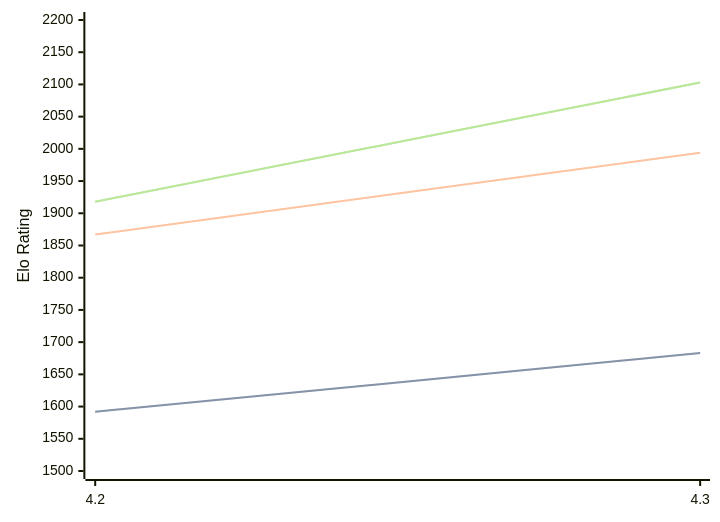
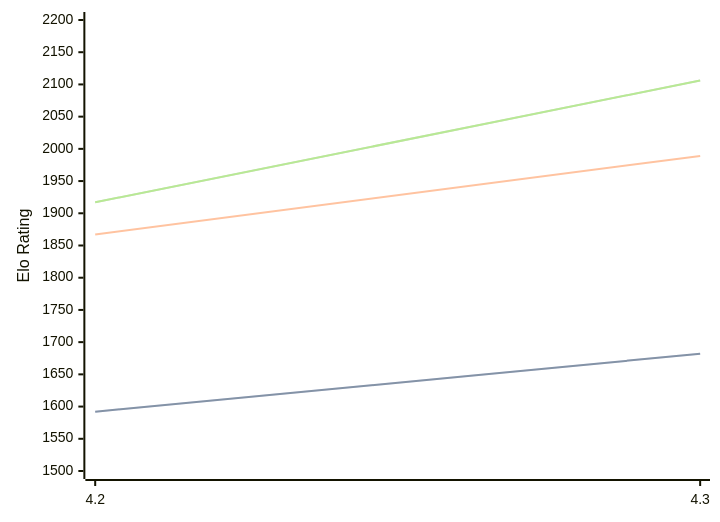
One commit to computer-chess-index/cci changed the diagram in engines/Radiance.md. Above: the diagram before and after it, drawn with Mermaid. The commit also changed other lines of this file, not shown here.

Commit message:
Update CCI Ratings (ELO VLTC) - 2026-04-06

````diff
--- a/engines/Radiance.md
+++ b/engines/Radiance.md
@@ -35,11 +35,11 @@
 ```mermaid
 %%{init: {"theme":"base","themeVariables":{"seriesColors:['#a3a3a3','#222221','#faa371']}}}%%
 xychart-beta
   x-axis ["4.2", "4.3"]
   y-axis "Elo Rating" 1500 --> 2200
-  line "STC (8.0+0.08s)" [1592, 1683]
-  line "STC (8.0+0.08s)" [1592, 1683]
-  line "LTC (60.0+0.60s)" [1867, 1994]
-  line "VLTC (2m24s+1.12s)" [1918, 2103]
-  line "VLTC (2m24s+1.12s)" [1918, 2103]
+  line "STC (8.0+0.08s)" [1592, 1682]
+  line "STC (8.0+0.08s)" [1592, 1682]
+  line "LTC (60.0+0.60s)" [1867, 1989]
+  line "VLTC (2m24s+1.12s)" [1917, 2106]
+  line "VLTC (2m24s+1.12s)" [1917, 2106]
 ```
````
